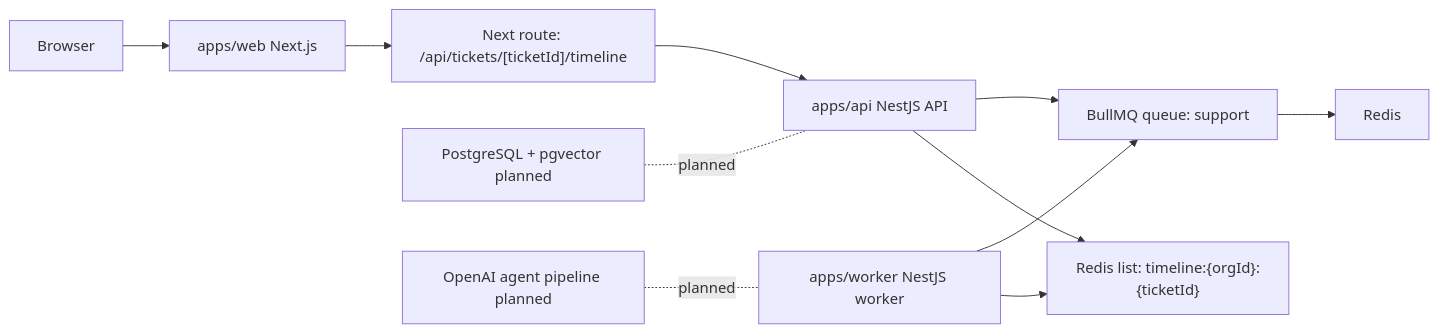
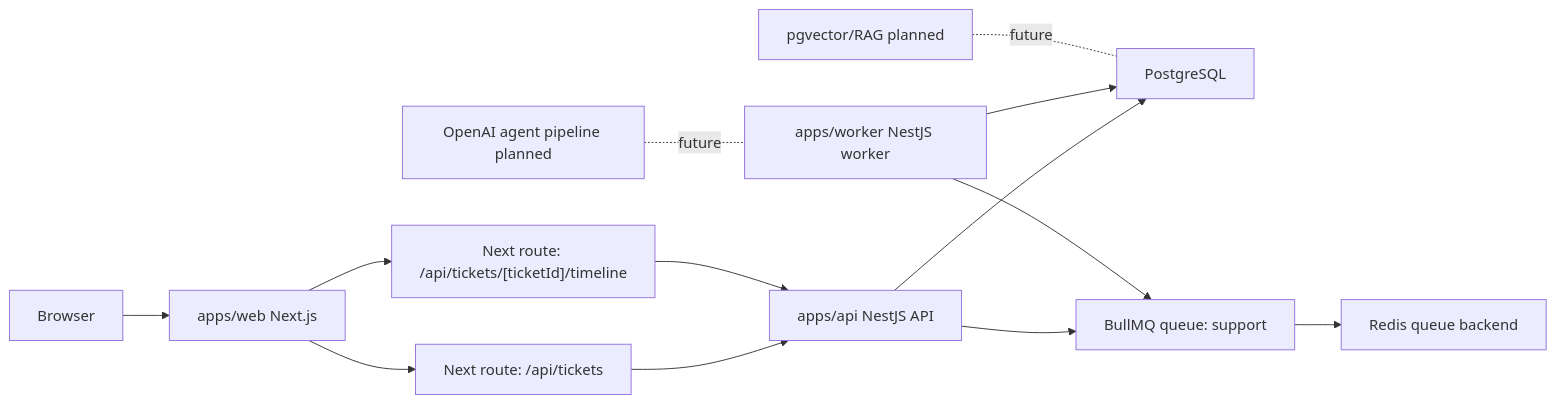
The first of 3 diagrams in docs/architecture.md (its-arnavtech/Autonomous-CSA), drawn with Mermaid before and after one commit. The commit also changed other lines of this file and 29 other files, not shown here.

Commit message:
feat: add Postgres persistence for tickets and agent timeline

````diff
--- a/docs/architecture.md
+++ b/docs/architecture.md
@@ -18,14 +21,16 @@
 ```mermaid
 flowchart LR
   Browser["Browser"] --> Web["apps/web Next.js"]
-  Web --> Proxy["Next route: /api/tickets/[ticketId]/timeline"]
-  Proxy --> Api["apps/api NestJS API"]
+  Web --> TicketProxy["Next route: /api/tickets"]
+  Web --> TimelineProxy["Next route: /api/tickets/[ticketId]/timeline"]
+  TicketProxy --> Api["apps/api NestJS API"]
+  TimelineProxy --> Api
+  Api --> Postgres["PostgreSQL"]
   Api --> Queue["BullMQ queue: support"]
-  Queue --> Redis["Redis"]
+  Queue --> Redis["Redis queue backend"]
   Worker["apps/worker NestJS worker"] --> Queue
-  Worker --> Timeline["Redis list: timeline:{orgId}:{ticketId}"]
-  Api --> Timeline
+  Worker --> Postgres
 
-  Postgres["PostgreSQL + pgvector planned"] -. planned .- Api
-  Agents["OpenAI agent pipeline planned"] -. planned .- Worker
+  Agents["OpenAI agent pipeline planned"] -. future .- Worker
+  Pgvector["pgvector/RAG planned"] -. future .- Postgres
 ```
````
